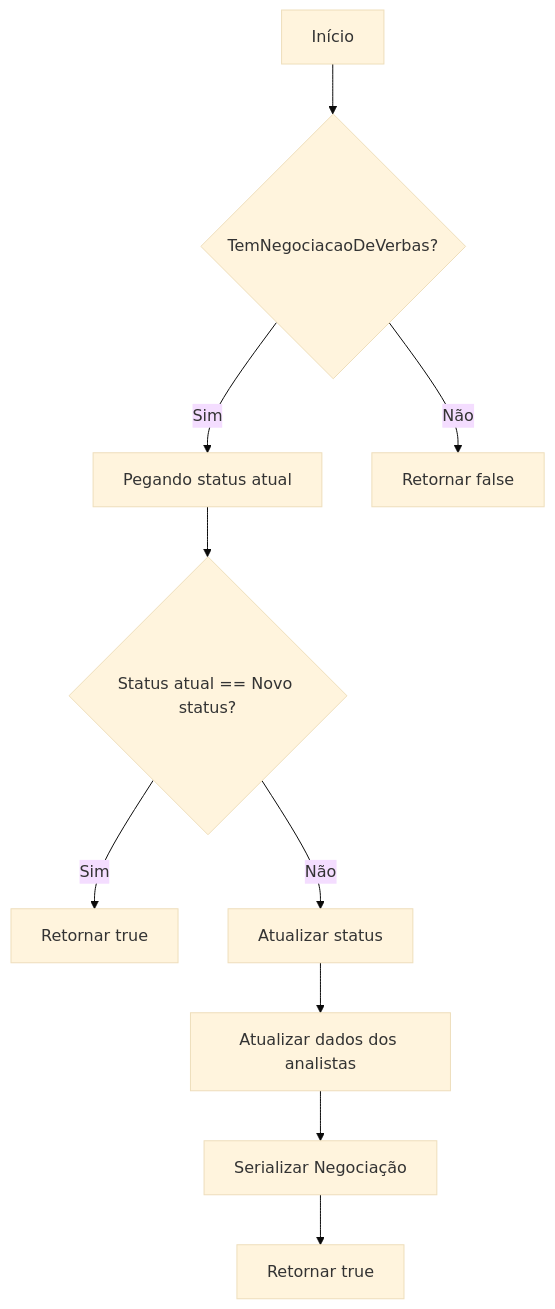
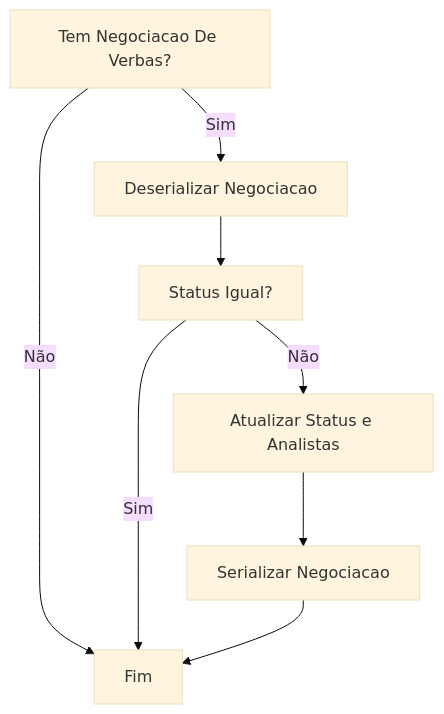
The first of 2 diagrams in docs/b2b-dominio/IsthmusWinthor.Nucleo/IsthmusWinthor.Dominio/Entidades/Orcamento.md (IsthmusSistemas/documentacao-tecnica), drawn with Mermaid (base theme) before and after one commit. The commit also changed other lines of this file and 882 other files, not shown here.

````diff
--- a/docs/b2b-dominio/IsthmusWinthor.Nucleo/IsthmusWinthor.Dominio/Entidades/Orcamento.md
+++ b/docs/b2b-dominio/IsthmusWinthor.Nucleo/IsthmusWinthor.Dominio/Entidades/Orcamento.md
@@ -20,12 +20,10 @@
 ```mermaid
 flowchart TD
-    A[Início] --> B{TemNegociacaoDeVerbas?}
-    B -- Sim --> C[Pegando status atual]
-    B -- Não --> D[Retornar false]
-    C --> E{Status atual == Novo status?}
-    E -- Sim --> F[Retornar true]
-    E -- Não --> G[Atualizar status]
-    G --> H[Atualizar dados dos analistas]
-    H --> I[Serializar Negociação]
-    I --> J[Retornar true]
+    A[Tem Negociacao De Verbas?] -->|Não| B[Fim]
+    A -->|Sim| C[Deserializar Negociacao]
+    C --> D[Status Igual?]
+    D -->|Sim| B
+    D -->|Não| E[Atualizar Status e Analistas]
+    E --> F[Serializar Negociacao]
+    F --> B
 ```
````
